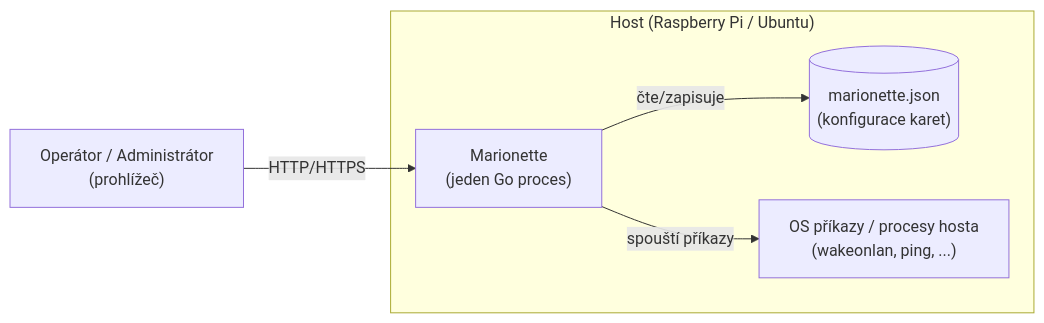
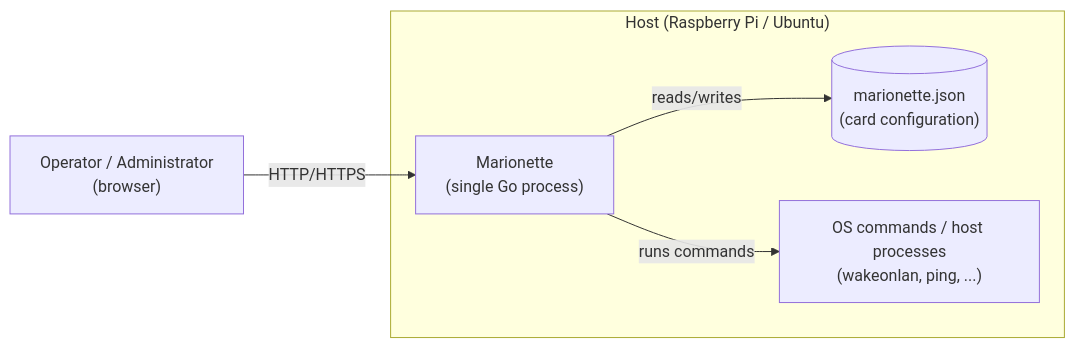
The diagram in docs/architecture/overview.md (vnevoral/marionette), drawn with Mermaid before and after one commit. The commit also changed other lines of this file and 90 other files, not shown here.

````diff
--- a/docs/architecture/overview.md
+++ b/docs/architecture/overview.md
@@ -5,10 +5,10 @@
 ```mermaid
 flowchart LR
-    Operator["Operátor / Administrátor\n(prohlížeč)"] -->|HTTP/HTTPS| Marionette
+    Operator["Operator / Administrator\n(browser)"] -->|HTTP/HTTPS| Marionette
     subgraph Host["Host (Raspberry Pi / Ubuntu)"]
-        Marionette["Marionette\n(jeden Go proces)"]
-        ConfigFile[("marionette.json\n(konfigurace karet)")]
-        Marionette -->|čte/zapisuje| ConfigFile
-        Marionette -->|spouští příkazy| OS["OS příkazy / procesy hosta\n(wakeonlan, ping, ...)"]
+        Marionette["Marionette\n(single Go process)"]
+        ConfigFile[("marionette.json\n(card configuration)")]
+        Marionette -->|reads/writes| ConfigFile
+        Marionette -->|runs commands| OS["OS commands / host processes\n(wakeonlan, ping, ...)"]
     end
 ```
````
